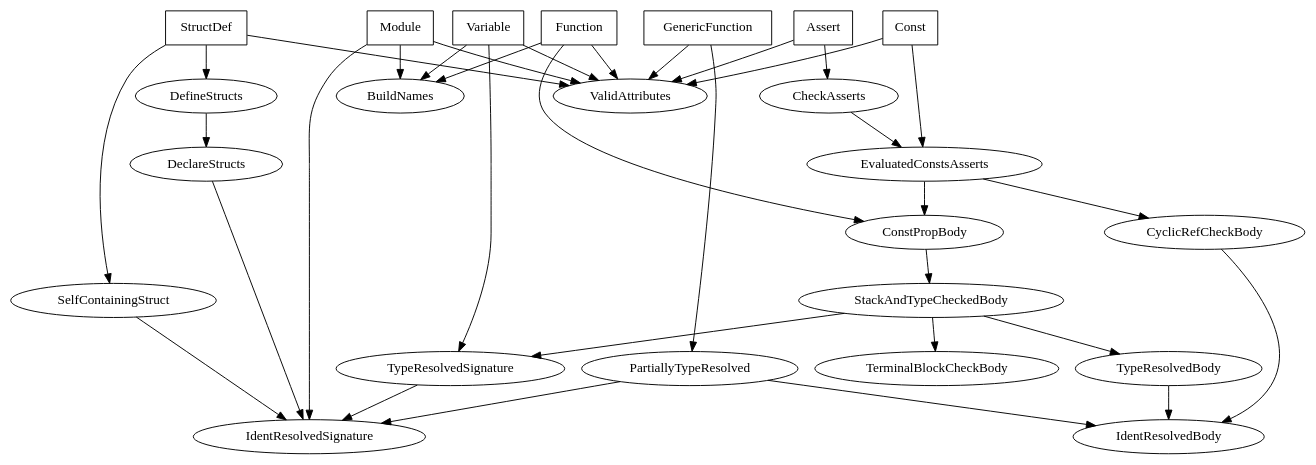
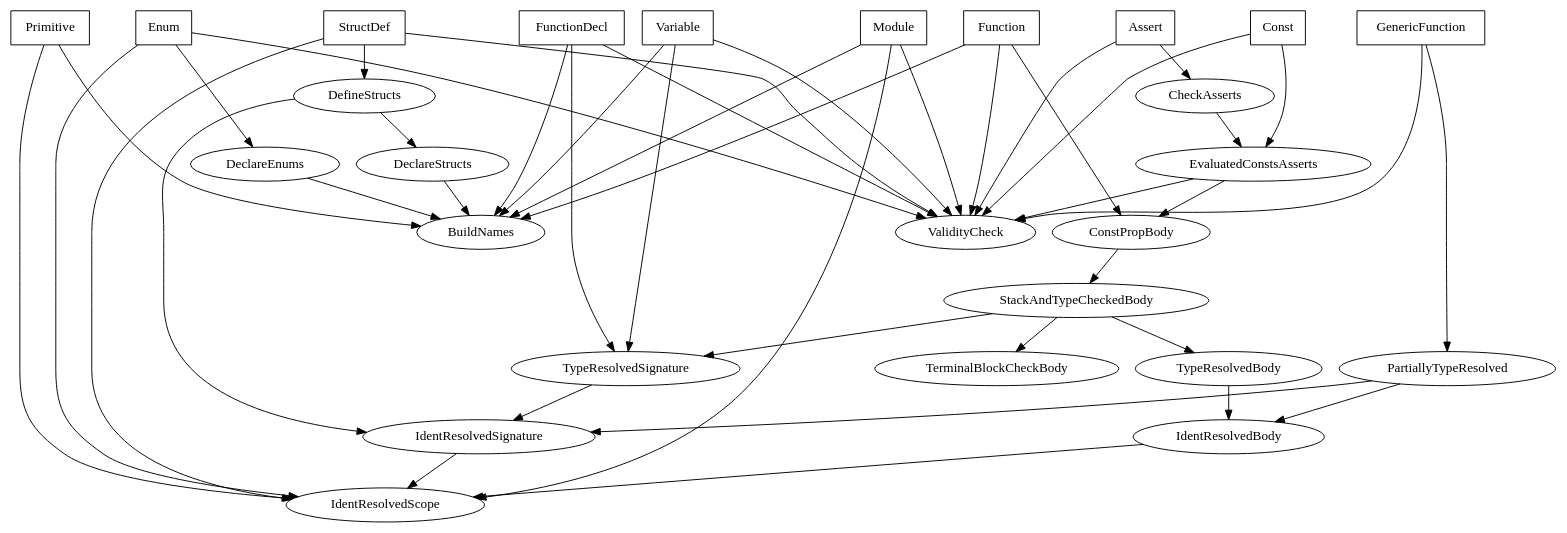
Before and after one commit to Measter/MFL: the diagram in pass_dep_graph.dot, drawn with Graphviz. The commit also changed 1 other file, not shown here.

Commit message:
Update passes graph.

```diff
--- a/pass_dep_graph.dot
+++ b/pass_dep_graph.dot
@@ -1,77 +1,87 @@
 strict digraph {
     subgraph passes {
         label = "Passes";
 
         BuildNames,
         CheckAsserts,
         ConstPropBody,
-        CyclicRefCheckBody,
+        DeclareEnums,
 
         DeclareStructs,
         DefineStructs,
         EvaluatedConstsAsserts,
         IdentResolvedBody,
 
+        IdentResolvedScope,
         IdentResolvedSignature,
         PartiallyTypeResolved,
-        SelfContainingStruct,
         StackAndTypeCheckedBody,
 
         TerminalBlockCheckBody,
         TypeResolvedBody,
         TypeResolvedSignature,
-        ValidAttributes
+        ValidityCheck
     }
 
     subgraph items {
         rank = same;
         node [shape = "box"]
         label = "Items";
 
         Module;
         StructDef;
+        Enum;
         Variable;
+        FunctionDecl;
         GenericFunction;
         Assert;
         Const;
         Function;
+        Primitive;
     }
 
+    ConstPropBody -> StackAndTypeCheckedBody;
     CheckAsserts -> EvaluatedConstsAsserts;
-    ConstPropBody -> StackAndTypeCheckedBody;
-    CyclicRefCheckBody -> IdentResolvedBody;
-
-    DeclareStructs -> IdentResolvedSignature;
+    DeclareEnums -> BuildNames;
+    DeclareStructs -> BuildNames;
+    DefineStructs -> IdentResolvedSignature;
     DefineStructs -> DeclareStructs;
-    EvaluatedConstsAsserts -> CyclicRefCheckBody;
+    EvaluatedConstsAsserts -> ValidityCheck;
     EvaluatedConstsAsserts -> ConstPropBody;
-
+    IdentResolvedBody -> IdentResolvedScope;
+    IdentResolvedSignature -> IdentResolvedScope;
     PartiallyTypeResolved -> IdentResolvedBody;
     PartiallyTypeResolved -> IdentResolvedSignature;
-    SelfContainingStruct -> IdentResolvedSignature;
     StackAndTypeCheckedBody -> TypeResolvedSignature;
     StackAndTypeCheckedBody -> TypeResolvedBody;
     StackAndTypeCheckedBody -> TerminalBlockCheckBody;
-
     TypeResolvedBody -> IdentResolvedBody;
     TypeResolvedSignature -> IdentResolvedSignature;
 
     Module -> BuildNames;
-    Module -> ValidAttributes;
-    Module -> IdentResolvedSignature;
-    StructDef -> ValidAttributes;
-    StructDef -> SelfContainingStruct;
+    Module -> ValidityCheck;
+    Module -> IdentResolvedScope;
+    StructDef -> ValidityCheck;
+    StructDef -> IdentResolvedScope;
     StructDef -> DefineStructs;
+    Enum -> ValidityCheck;
+    Enum -> IdentResolvedScope;
+    Enum -> DeclareEnums;
     Variable -> BuildNames;
-    Variable -> ValidAttributes;
+    Variable -> ValidityCheck;
     Variable -> TypeResolvedSignature;
-    GenericFunction -> ValidAttributes;
+    FunctionDecl -> BuildNames;
+    FunctionDecl -> ValidityCheck;
+    FunctionDecl -> TypeResolvedSignature;
+    GenericFunction -> ValidityCheck;
     GenericFunction -> PartiallyTypeResolved;
-    Assert -> ValidAttributes;
+    Assert -> ValidityCheck;
     Assert -> CheckAsserts;
-    Const -> ValidAttributes;
+    Const -> ValidityCheck;
     Const -> EvaluatedConstsAsserts;
     Function -> BuildNames;
-    Function -> ValidAttributes;
+    Function -> ValidityCheck;
     Function -> ConstPropBody;
+    Primitive -> BuildNames;
+    Primitive -> IdentResolvedScope;
 }
```
